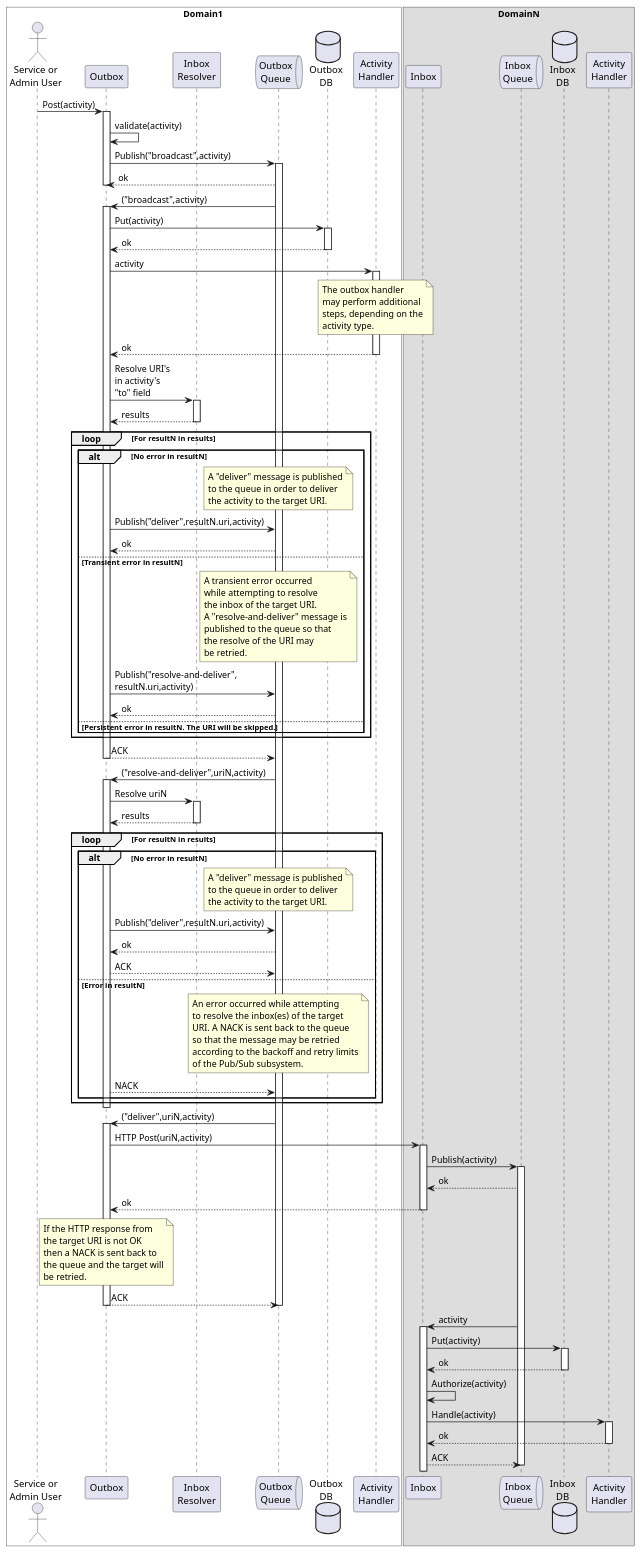
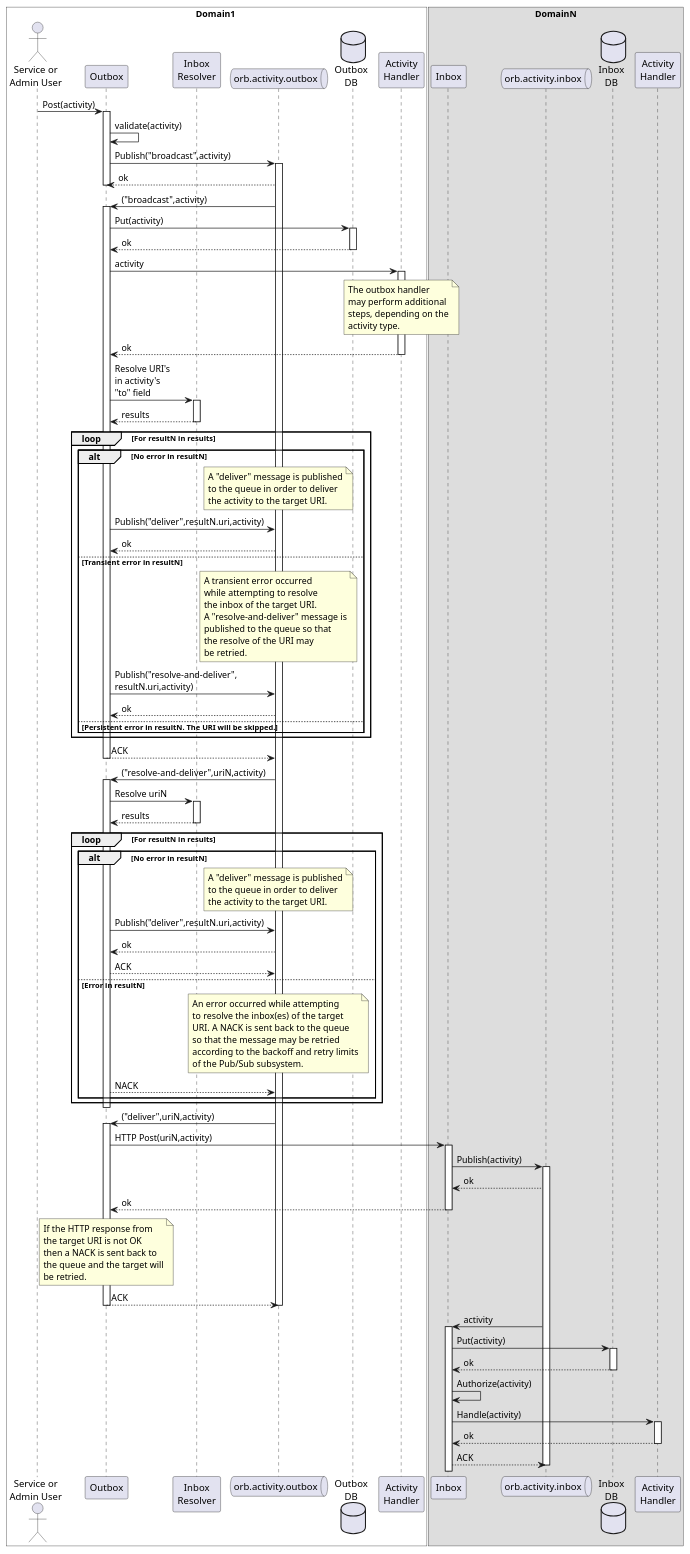
The diagram in readthedocs/source/orb/diagrams/ap-outbox-inbox.puml (trustbloc/docs), drawn with PlantUML before and after one commit. The commit also changed 24 other files, not shown here.

```diff
--- a/readthedocs/source/orb/diagrams/ap-outbox-inbox.puml
+++ b/readthedocs/source/orb/diagrams/ap-outbox-inbox.puml
@@ -1,173 +1,173 @@
 @startuml
 'https://plantuml.com/sequence-diagram
 
 box Domain1 #White
 actor "Service or\nAdmin User" as adminUser
 participant Outbox
 participant "Inbox\nResolver" as resolver
-queue "Outbox\nQueue" as outboxQueue
+queue "orb.activity.outbox" as outboxQueue
 database "Outbox\nDB" as outboxDB
 participant "Activity\nHandler" as outboxHandler
 end box
 
 box DomainN
 participant Inbox
-queue "Inbox\nQueue" as inboxQueue
+queue "orb.activity.inbox" as inboxQueue
 database "Inbox\nDB" as inboxDB
 participant "Activity\nHandler" as inboxHandler
 end box
 
 adminUser -> Outbox: Post(activity)
 
 activate Outbox
   Outbox -> Outbox: validate(activity)
   Outbox -> outboxQueue: Publish("broadcast",activity)
   activate outboxQueue
     outboxQueue --> Outbox: ok
 deactivate Outbox
 
 outboxQueue -> Outbox: ("broadcast",activity)
 
 activate Outbox
 
 Outbox -> outboxDB: Put(activity)
 activate outboxDB
   outboxDB --> Outbox: ok
 deactivate outboxDB
 
 Outbox -> outboxHandler: activity
 activate outboxHandler
   note over outboxHandler
     The outbox handler
     may perform additional
     steps, depending on the
     activity type.
   end note
   outboxHandler --> Outbox: ok
 deactivate outboxHandler
 
 Outbox -> resolver: Resolve URI's\nin activity's\n"to" field
 activate resolver
 resolver --> Outbox: results
 deactivate resolver
 
 loop For resultN in results
   alt No error in resultN
     note over outboxQueue
       A "deliver" message is published
       to the queue in order to deliver
       the activity to the target URI.
     end note
     Outbox -> outboxQueue: Publish("deliver",resultN.uri,activity)
     outboxQueue --> Outbox: ok
   else Transient error in resultN
     note over outboxQueue
       A transient error occurred
       while attempting to resolve
       the inbox of the target URI.
       A "resolve-and-deliver" message is
       published to the queue so that
       the resolve of the URI may
       be retried.
     end note
     Outbox -> outboxQueue: Publish("resolve-and-deliver",\nresultN.uri,activity)
     outboxQueue --> Outbox: ok
   else Persistent error in resultN. The URI will be skipped.
   end alt
 end loop
 
 Outbox --> outboxQueue: ACK
 
 deactivate Outbox
 
 deactivate Outbox
 
 outboxQueue -> Outbox: ("resolve-and-deliver",uriN,activity)
 
 activate Outbox
 
 Outbox -> resolver: Resolve uriN
 activate resolver
 resolver --> Outbox: results
 deactivate resolver
 
 loop For resultN in results
   alt No error in resultN
     note over outboxQueue
       A "deliver" message is published
       to the queue in order to deliver
       the activity to the target URI.
     end note
     Outbox -> outboxQueue: Publish("deliver",resultN.uri,activity)
     outboxQueue --> Outbox: ok
     Outbox --> outboxQueue: ACK
   else Error in resultN
     note over outboxQueue
       An error occurred while attempting
       to resolve the inbox(es) of the target
       URI. A NACK is sent back to the queue
       so that the message may be retried
       according to the backoff and retry limits
       of the Pub/Sub subsystem.
     end note
     Outbox --> outboxQueue: NACK
   end alt
 end loop
 
 deactivate Outbox
 
 outboxQueue -> Outbox: ("deliver",uriN,activity)
 
 activate Outbox
 
 Outbox -> Inbox: HTTP Post(uriN,activity)
 
 activate Inbox
 
 Inbox -> inboxQueue: Publish(activity)
 
 activate inboxQueue
 
 inboxQueue --> Inbox: ok
 
 Inbox --> Outbox: ok
 
 note over Outbox
  If the HTTP response from
  the target URI is not OK
  then a NACK is sent back to
  the queue and the target will
  be retried.
 end note
 
 deactivate Inbox
 
 Outbox --> outboxQueue: ACK
 
 deactivate Outbox
 
 deactivate outboxQueue
 
 inboxQueue -> Inbox: activity
 
 activate Inbox
 
 Inbox -> inboxDB: Put(activity)
 
 activate inboxDB
   inboxDB --> Inbox: ok
 deactivate inboxDB
 
 Inbox -> Inbox: Authorize(activity)
 
 Inbox -> inboxHandler: Handle(activity)
 
 activate inboxHandler
 inboxHandler --> Inbox: ok
 deactivate inboxHandler
 
 Inbox --> inboxQueue: ACK
 
 deactivate inboxQueue
 
 @enduml
```
